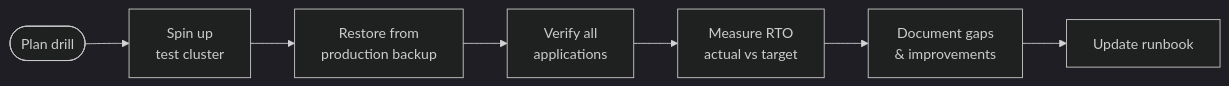
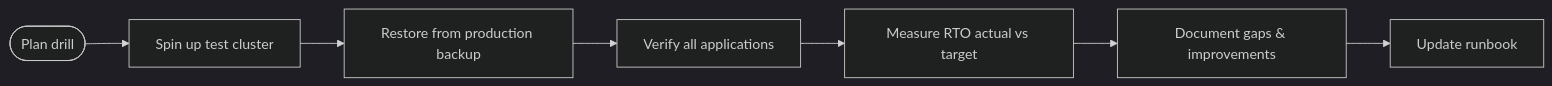
Before and after one commit to UncleJS/course_k3s: the second of 2 diagrams in 13_backup_and_dr/03_cluster_restore.md, drawn with Mermaid (dark theme). The commit also changed other lines of this file and 57 other files, not shown here.

````diff
--- a/13_backup_and_dr/03_cluster_restore.md
+++ b/13_backup_and_dr/03_cluster_restore.md
@@ -372,9 +372,9 @@
 ```mermaid
 flowchart LR
-    P([Plan drill]) --> E[Spin up\ntest cluster]
-    E --> R[Restore from\nproduction backup]
-    R --> V[Verify all\napplications]
-    V --> M[Measure RTO\nactual vs target]
-    M --> D[Document gaps\n& improvements]
+    P([Plan drill]) --> E[Spin up test cluster]
+    E --> R[Restore from production backup]
+    R --> V[Verify all applications]
+    V --> M[Measure RTO actual vs target]
+    M --> D[Document gaps & improvements]
     D --> U[Update runbook]
 ```
````
